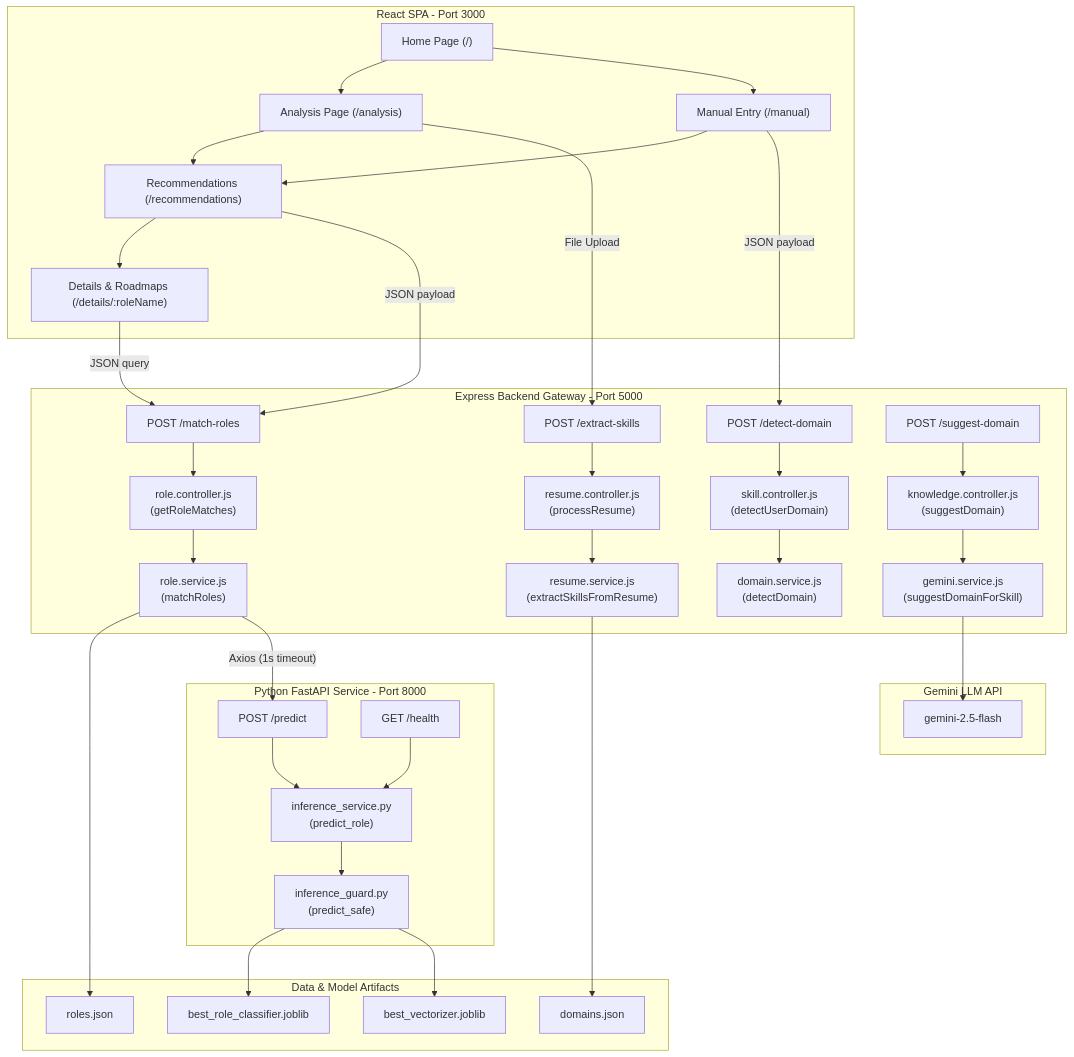
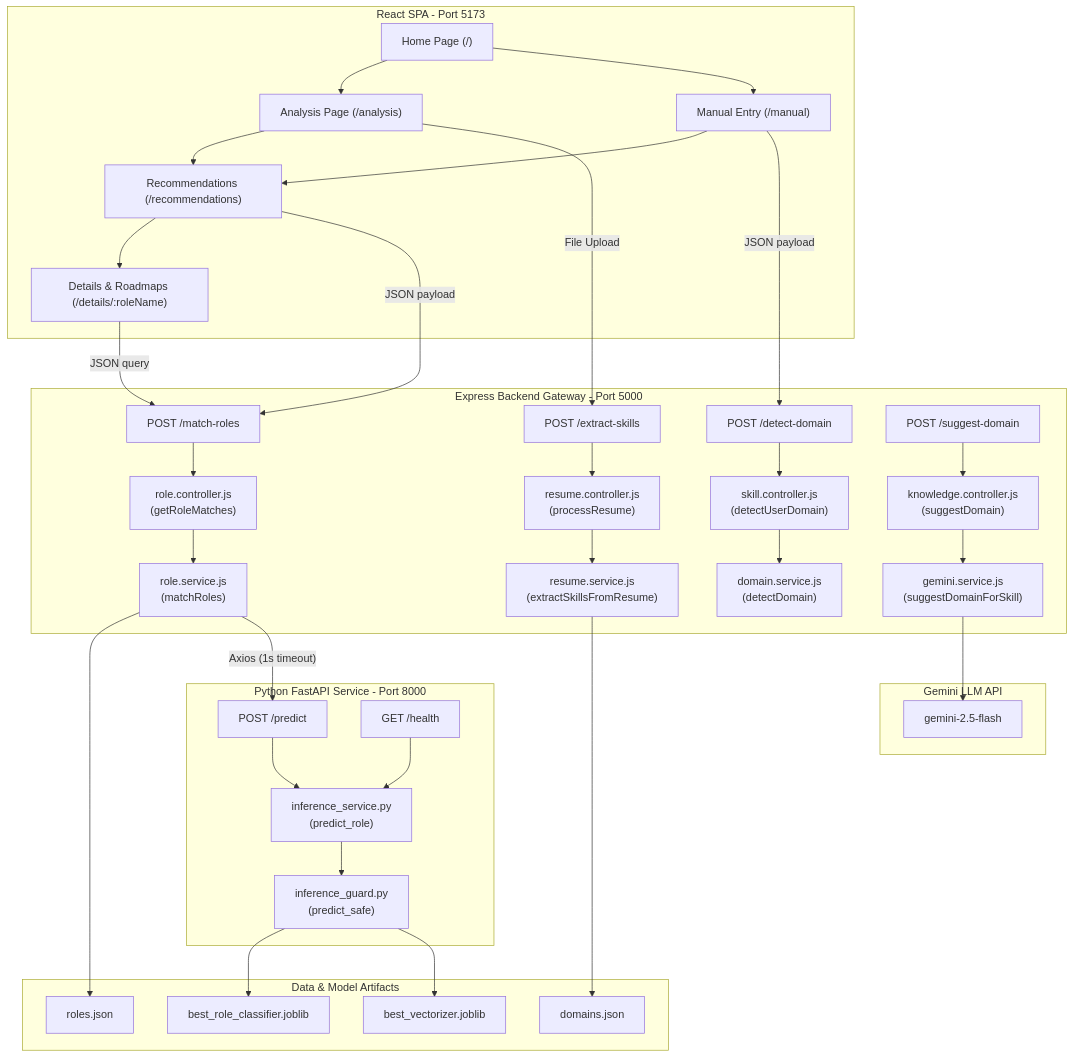
One commit to Chandu-Shrinivas/CareerMapper changed the diagram in PROJECT_ARCHITECTURE_GUIDE.md. Above: the diagram before and after it, drawn with Mermaid. The commit also changed other lines of this file and 163 other files, not shown here.

Commit message:
feat: add interactive SVG roadmaps, UI enhancements, and job prep engine

````diff
--- a/PROJECT_ARCHITECTURE_GUIDE.md
+++ b/PROJECT_ARCHITECTURE_GUIDE.md
@@ -11,52 +11,52 @@
   ```mermaid
   graph TD
       %% Frontend Pages
-      subgraph Frontend [React SPA - Port 3000]
+      subgraph Frontend [React SPA - Port 5173]
           UI_Home["Home Page (/)"] --> UI_Analysis["Analysis Page (/analysis)"]
           UI_Home --> UI_Manual["Manual Entry (/manual)"]
           UI_Analysis --> UI_Recs["Recommendations (/recommendations)"]
           UI_Manual --> UI_Recs --> UI_Details["Details & Roadmaps (/details/:roleName)"]
       end
 
       %% Express Backend Gateway
       subgraph Backend [Express Backend Gateway - Port 5000]
           R_Resume["POST /extract-skills"] --> C_Resume["resume.controller.js<br>(processResume)"]
           R_Skill["POST /detect-domain"] --> C_Skill["skill.controller.js<br>(detectUserDomain)"]
           R_Role["POST /match-roles"] --> C_Role["role.controller.js<br>(getRoleMatches)"]
           R_Know["POST /suggest-domain"] --> C_Know["knowledge.controller.js<br>(suggestDomain)"]
 
           C_Resume --> S_Resume["resume.service.js<br>(extractSkillsFromResume)"]
           C_Skill --> S_Domain["domain.service.js<br>(detectDomain)"]
           C_Role --> S_Role["role.service.js<br>(matchRoles)"]
           C_Know --> S_Gemini["gemini.service.js<br>(suggestDomainForSkill)"]
       end
 
       %% Python ML Inference Service
       subgraph ML_Service [Python FastAPI Service - Port 8000]
           M_Predict["POST /predict"] --> I_Service["inference_service.py<br>(predict_role)"]
           M_Health["GET /health"] --> I_Service
           I_Service --> I_Guard["inference_guard.py<br>(predict_safe)"]
       end
 
       %% Dictionaries & Serialization
       subgraph Local_Data [Data & Model Artifacts]
           S_Resume --> D_Domains["domains.json"]
           S_Role --> D_Roles["roles.json"]
           I_Guard --> J_Model["best_role_classifier.joblib"]
           I_Guard --> J_Vec["best_vectorizer.joblib"]
       end
 
       %% Gemini AI
       subgraph Google_LLM [Gemini LLM API]
           S_Gemini --> API_Gemini["gemini-2.5-flash"]
       end
 
       %% Inter-service Connections
       UI_Analysis -- File Upload --> R_Resume
       UI_Manual -- JSON payload --> R_Skill
       UI_Recs -- JSON payload --> R_Role
       UI_Details -- JSON query --> R_Role
       
       %% Backend -> ML communication
       S_Role -- Axios (1s timeout) --> M_Predict
   ```
````
